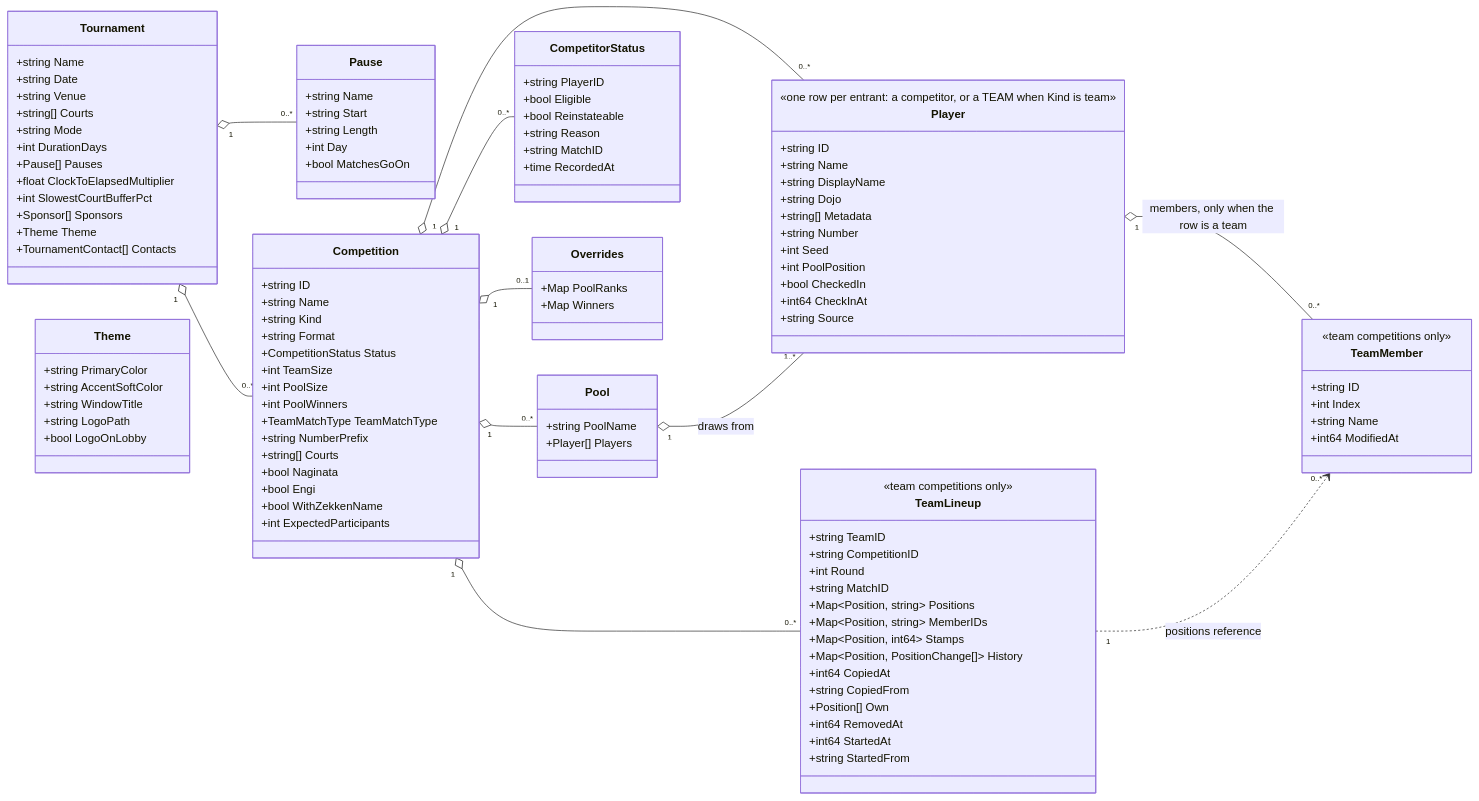
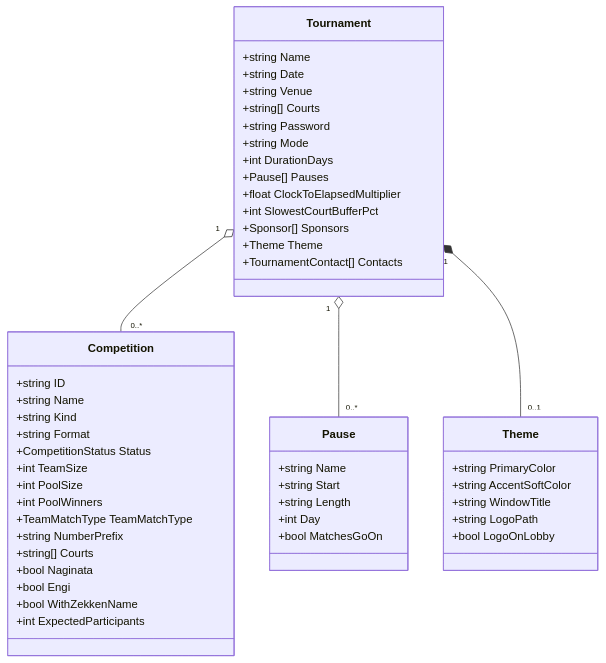
The first of 8 diagrams in docs/architecture/data-model.md (gitrgoliveira/bracket-creator), drawn with Mermaid before and after one commit. The commit also changed other lines of this file and 49 other files, not shown here.

First line of the commit message:
fix(bc-arch): one transaction for participant edits; WAL stale-log guard; architecture docs

````diff
--- a/docs/architecture/data-model.md
+++ b/docs/architecture/data-model.md
@@ -43,12 +43,13 @@
 ```mermaid
 classDiagram
-    direction LR
+    direction TB
 
     class Tournament {
         +string Name
         +string Date
         +string Venue
         +string[] Courts
+        +string Password
         +string Mode
         +int DurationDays
         +Pause[] Pauses
@@ -93,74 +94,7 @@
         +int ExpectedParticipants
     }
 
-    class Player {
-        <<one row per entrant: a competitor, or a TEAM when Kind is team>>
-        +string ID
-        +string Name
-        +string DisplayName
-        +string Dojo
-        +string[] Metadata
-        +string Number
-        +int Seed
-        +int PoolPosition
-        +bool CheckedIn
-        +int64 CheckInAt
-        +string Source
-    }
-
-    class Pool {
-        +string PoolName
-        +Player[] Players
-    }
-
-    class CompetitorStatus {
-        +string PlayerID
-        +bool Eligible
-        +bool Reinstateable
-        +string Reason
-        +string MatchID
-        +time RecordedAt
-    }
-
-    class TeamLineup {
-        <<team competitions only>>
-        +string TeamID
-        +string CompetitionID
-        +int Round
-        +string MatchID
-        +Map~Position, string~ Positions
-        +Map~Position, string~ MemberIDs
-        +Map~Position, int64~ Stamps
-        +Map~Position, PositionChange[]~ History
-        +int64 CopiedAt
-        +string CopiedFrom
-        +Position[] Own
-        +int64 RemovedAt
-        +int64 StartedAt
-        +string StartedFrom
-    }
-
-    class TeamMember {
-        <<team competitions only>>
-        +string ID
-        +int Index
-        +string Name
-        +int64 ModifiedAt
-    }
-
-    class Overrides {
-        +Map PoolRanks
-        +Map Winners
-    }
-
     Tournament "1" o-- "0..*" Competition
     Tournament "1" o-- "0..*" Pause
-    Competition "1" o-- "0..*" Player
-    Competition "1" o-- "0..*" Pool
-    Competition "1" o-- "0..*" CompetitorStatus
-    Competition "1" o-- "0..*" TeamLineup
-    Competition "1" o-- "0..1" Overrides
-    Pool "1" o-- "1..*" Player : draws from
-    Player "1" o-- "0..*" TeamMember : members, only when the row is a team
-    TeamLineup "1" ..> "0..*" TeamMember : positions reference
+    Tournament "1" *-- "0..1" Theme
 ```
````
